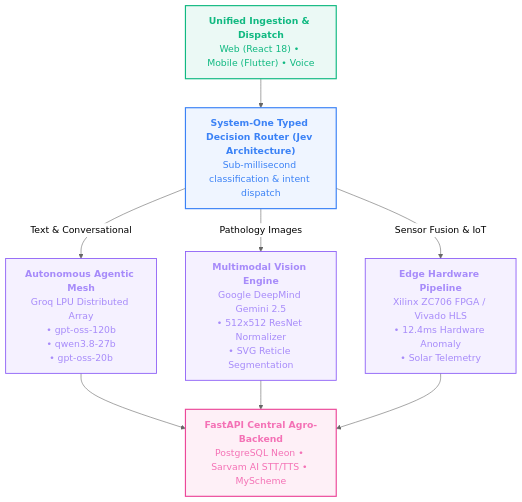
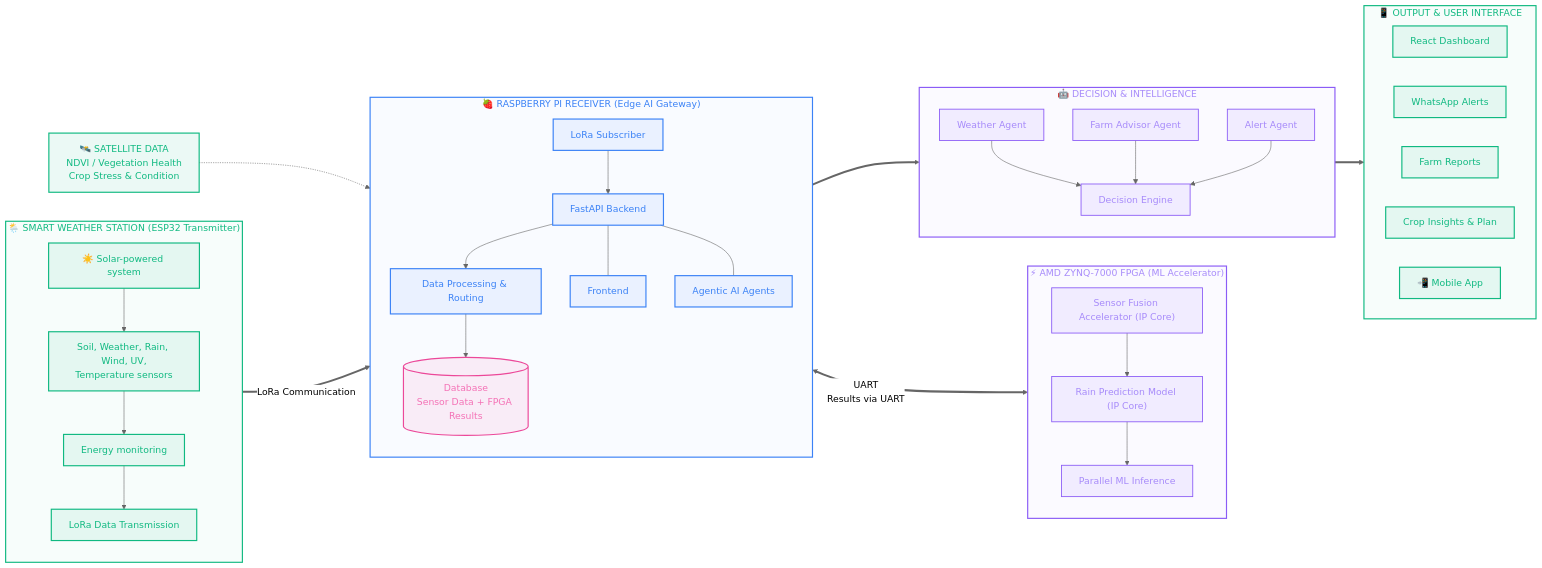
Before and after one commit to vvinayakkk/skyview-ai: the first of 2 diagrams in README.md, drawn with Mermaid (neutral theme). The commit also changed other lines of this file, not shown here.

Commit message:
Revise project name and enhance system architecture
Updated the project name and modified the system architecture diagram to include a Smart Weather Station and Raspberry Pi Receiver components. Changed the deployed web app URL for clarity.

````diff
--- a/README.md
+++ b/README.md
@@ -88,24 +88,84 @@
 ```mermaid
-graph TD
+flowchart LR
     classDef client fill:#10B98115,stroke:#10B981,stroke-width:2px,color:#10B981;
     classDef router fill:#3B82F615,stroke:#3B82F6,stroke-width:2px,color:#3B82F6;
     classDef engine fill:#8B5CF615,stroke:#8B5CF6,stroke-width:1.5px,color:#A78BFA;
     classDef backend fill:#EC489915,stroke:#EC4899,stroke-width:2px,color:#F472B6;
 
-    A["<b>Unified Ingestion & Dispatch</b><br/>Web (React 18) • Mobile (Flutter) • Voice"]:::client
-    B["<b>System-One Typed Decision Router (Jev Architecture)</b><br/>Sub-millisecond classification & intent dispatch"]:::router
-    
-    C["<b>Autonomous Agentic Mesh</b><br/>Groq LPU Distributed Array<br/>• gpt-oss-120b<br/>• qwen3.8-27b<br/>• gpt-oss-20b"]:::engine
-    D["<b>Multimodal Vision Engine</b><br/>Google DeepMind Gemini 2.5<br/>• 512x512 ResNet Normalizer<br/>• SVG Reticle Segmentation"]:::engine
-    E["<b>Edge Hardware Pipeline</b><br/>Xilinx ZC706 FPGA / Vivado HLS<br/>• 12.4ms Hardware Anomaly<br/>• Solar Telemetry"]:::engine
-    
-    F["<b>FastAPI Central Agro-Backend</b><br/>PostgreSQL Neon • Sarvam AI STT/TTS • MyScheme"]:::backend
+    %% ---------- Smart Weather Station ----------
+    subgraph WS["🌦️ SMART WEATHER STATION (ESP32 Transmitter)"]
+        direction TB
+        WS1["☀️ Solar-powered system"]
+        WS2["Soil, Weather, Rain, Wind, UV,<br/>Temperature sensors"]
+        WS3["Energy monitoring"]
+        WS4["LoRa Data Transmission"]
+        WS1 --> WS2 --> WS3 --> WS4
+    end
 
-    A --> B
-    B -->|Text & Conversational| C
-    B -->|Pathology Images| D
-    B -->|Sensor Fusion & IoT| E
-    C --> F
-    D --> F
-    E --> F
+    %% ---------- Raspberry Pi ----------
+    subgraph RPI["🍓 RASPBERRY PI RECEIVER (Edge AI Gateway)"]
+        direction TB
+        R1["LoRa Subscriber"]
+        R2["FastAPI Backend"]
+        R3["Frontend"]
+        R4["Agentic AI Agents"]
+        R5["Data Processing & Routing"]
+        R6[("Database<br/>Sensor Data + FPGA Results")]
+        R1 --> R2 --> R5 --> R6
+        R2 --- R3
+        R2 --- R4
+    end
+
+    %% ---------- FPGA ----------
+    subgraph FPGA["⚡ AMD ZYNQ-7000 FPGA (ML Accelerator)"]
+        direction TB
+        F1["Sensor Fusion Accelerator (IP Core)"]
+        F2["Rain Prediction Model (IP Core)"]
+        F3["Parallel ML Inference"]
+        F1 --> F2 --> F3
+    end
+
+    %% ---------- Decision & Intelligence ----------
+    subgraph DI["🤖 DECISION & INTELLIGENCE"]
+        direction TB
+        D1["Weather Agent"]
+        D2["Farm Advisor Agent"]
+        D3["Alert Agent"]
+        D4["Decision Engine"]
+        D1 --> D4
+        D2 --> D4
+        D3 --> D4
+    end
+
+    %% ---------- Satellite ----------
+    SAT["🛰️ SATELLITE DATA<br/>NDVI / Vegetation Health<br/>Crop Stress & Condition"]
+
+    %% ---------- Output ----------
+    subgraph OUT["📱 OUTPUT & USER INTERFACE"]
+        direction LR
+        O1["React Dashboard"]
+        O2["WhatsApp Alerts"]
+        O3["Farm Reports"]
+        O4["Crop Insights & Plan"]
+        O5["📲 Mobile App"]
+    end
+
+    %% ---------- Connections ----------
+    WS4 == "LoRa Communication" ==> R1
+    R5 <== "UART<br/>Results via UART" ==> F1
+    R6 ==> D1
+    SAT -.-> R5
+    D4 ==> OUT
+
+    %% ---------- Styling ----------
+    class WS1,WS2,WS3,WS4,SAT,O1,O2,O3,O4,O5 client;
+    class R1,R2,R3,R4,R5 router;
+    class F1,F2,F3,D1,D2,D3,D4 engine;
+    class R6 backend;
+
+    style WS fill:#10B98108,stroke:#10B981,stroke-width:2px,color:#10B981
+    style RPI fill:#3B82F608,stroke:#3B82F6,stroke-width:2px,color:#3B82F6
+    style FPGA fill:#8B5CF608,stroke:#8B5CF6,stroke-width:2px,color:#A78BFA
+    style DI fill:#8B5CF608,stroke:#8B5CF6,stroke-width:2px,color:#A78BFA
+    style OUT fill:#10B98108,stroke:#10B981,stroke-width:2px,color:#10B981
 ```
````
